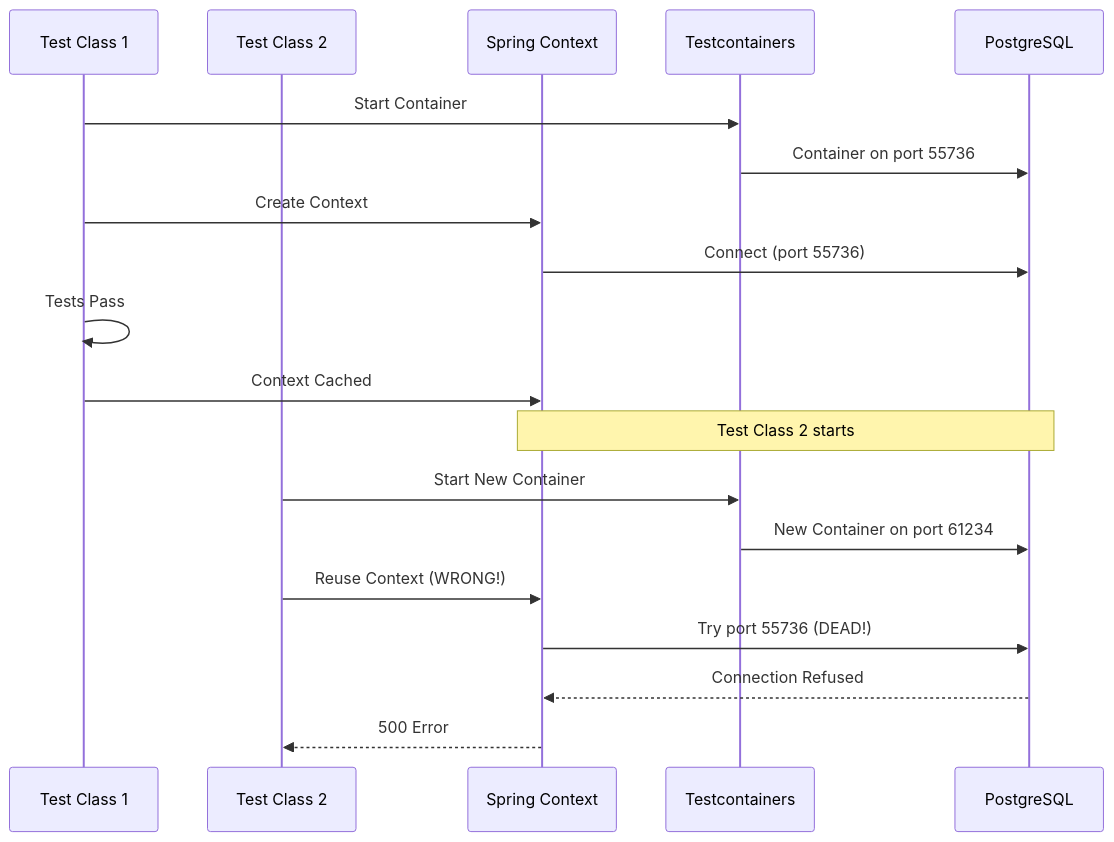
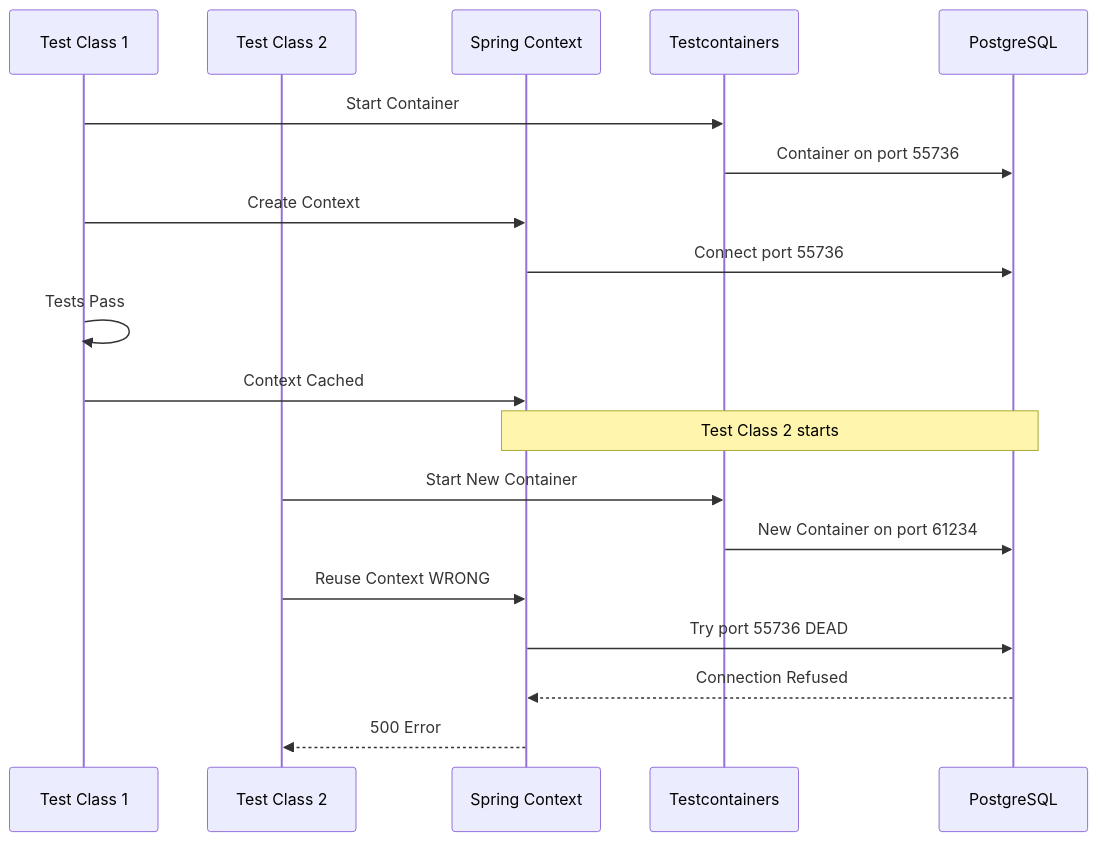
Before and after one commit to DCRC95/Event-Analytics-Processing-API: the seventh of 8 diagrams in Overview.md, drawn with Mermaid. The commit also changed other lines of this file, not shown here.

Commit message:
fix mermaid error#

````diff
--- a/Overview.md
+++ b/Overview.md
@@ -541,24 +542,24 @@
 ```mermaid
 sequenceDiagram
     participant T1 as Test Class 1
     participant T2 as Test Class 2
     participant SC as Spring Context
     participant TC as Testcontainers
     participant DB as PostgreSQL
     
     T1->>TC: Start Container
     TC->>DB: Container on port 55736
     T1->>SC: Create Context
-    SC->>DB: Connect (port 55736)
+    SC->>DB: Connect port 55736
     T1->>T1: Tests Pass
     T1->>SC: Context Cached
     
     Note over SC,DB: Test Class 2 starts
     
     T2->>TC: Start New Container
     TC->>DB: New Container on port 61234
-    T2->>SC: Reuse Context (WRONG!)
-    SC->>DB: Try port 55736 (DEAD!)
+    T2->>SC: Reuse Context WRONG
+    SC->>DB: Try port 55736 DEAD
     DB-->>SC: Connection Refused
     SC-->>T2: 500 Error
 ```
````
